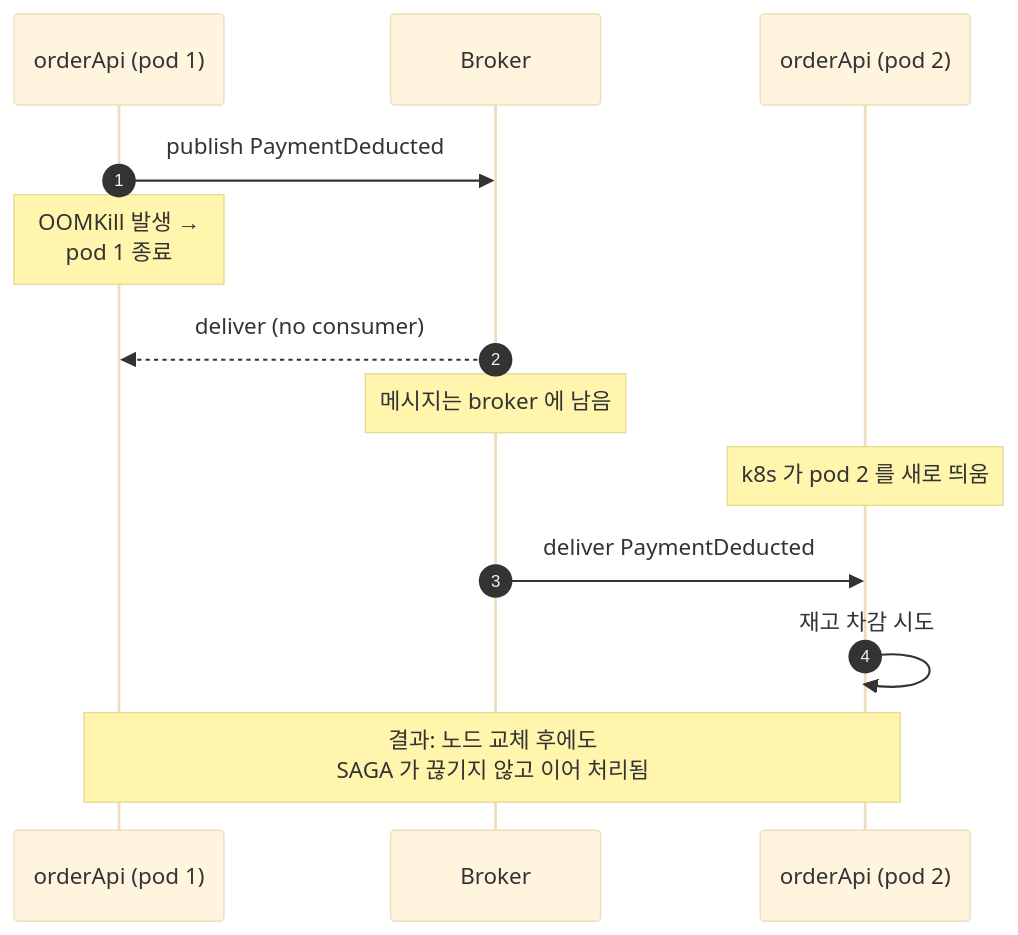
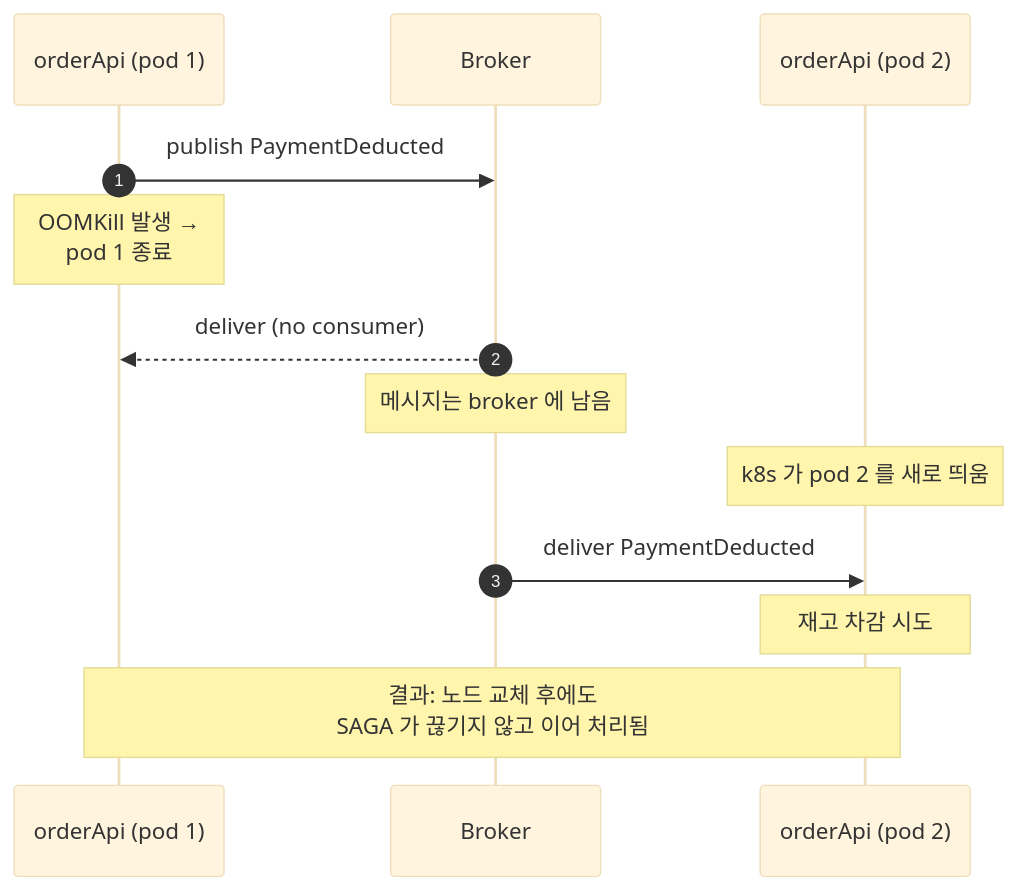
Before and after one commit to jameskim9509/CommerceAPI: the seventh of 7 diagrams in ADR/003-choreography-saga-compensation.md, drawn with Mermaid (base theme). The commit also changed other lines of this file, not shown here.

First line of the commit message:
docs: ADR-003 적용 후 forward/compensation 코드 흐름 다이어그램 추가

````diff
--- a/ADR/003-choreography-saga-compensation.md
+++ b/ADR/003-choreography-saga-compensation.md
@@ -181,16 +284,16 @@
 ```mermaid
 sequenceDiagram
     autonumber
     participant O1 as orderApi (pod 1)
     participant B as Broker
     participant O2 as orderApi (pod 2)
 
     O1->>B: publish PaymentDeducted
     Note over O1: OOMKill 발생 →<br/>pod 1 종료
     B-->>O1: deliver (no consumer)
     Note over B: 메시지는 broker 에 남음
     Note over O2: k8s 가 pod 2 를 새로 띄움
     B->>O2: deliver PaymentDeducted
-    O2->>O2: 재고 차감 시도
+    Note over O2: 재고 차감 시도
     Note over O1,O2: 결과: 노드 교체 후에도<br/>SAGA 가 끊기지 않고 이어 처리됨
 ```
````
